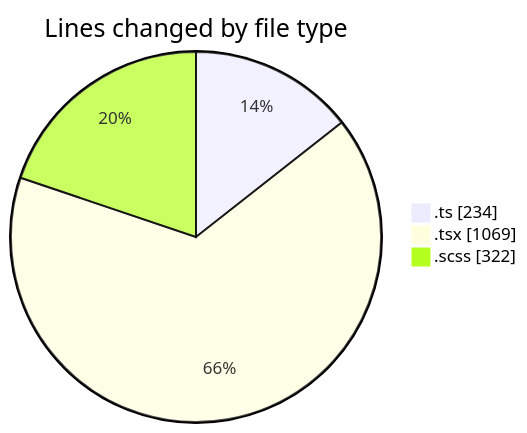
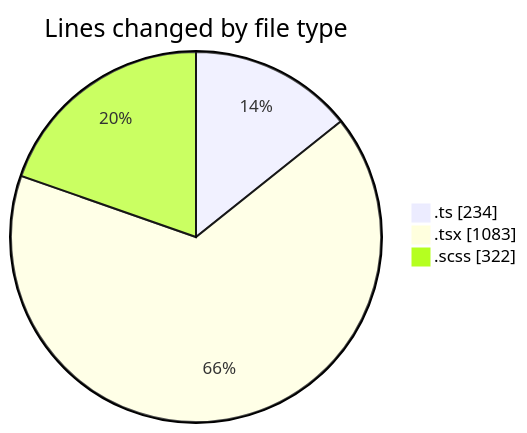
The first of 2 diagrams in 2025-05-01/cda/README.md (momahboobian/code-tracking), drawn with Mermaid before and after one commit. The commit also changed other lines of this file and 1 other file, not shown here.

````diff
--- a/2025-05-01/cda/README.md
+++ b/2025-05-01/cda/README.md
@@ -29,7 +29,7 @@
 ```mermaid
 pie showData
 title Lines changed by file type
 ".ts" : 234
-".tsx" : 1069
+".tsx" : 1083
 ".scss" : 322
 ```
````
